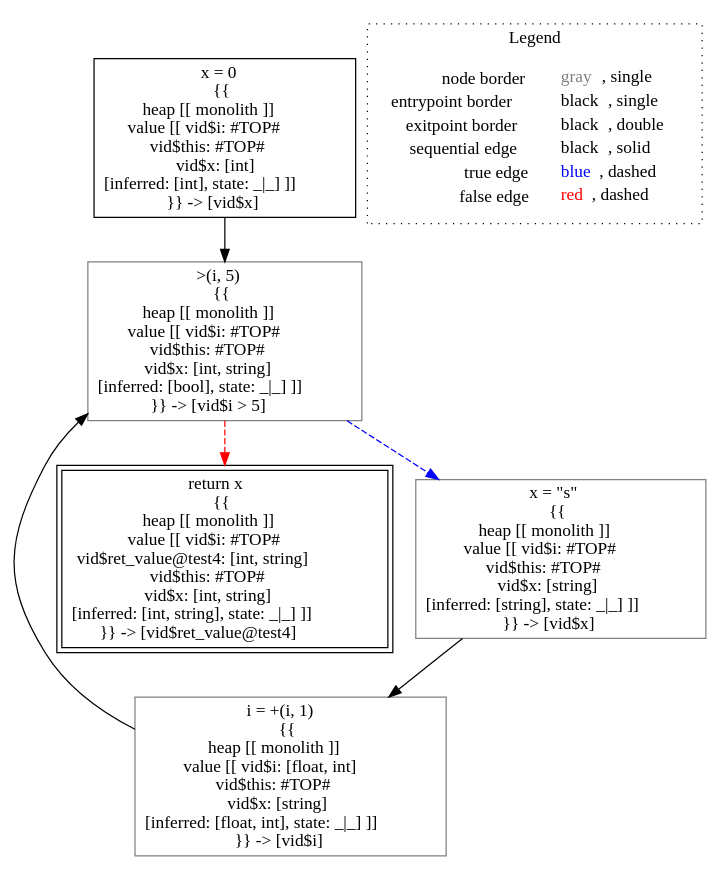
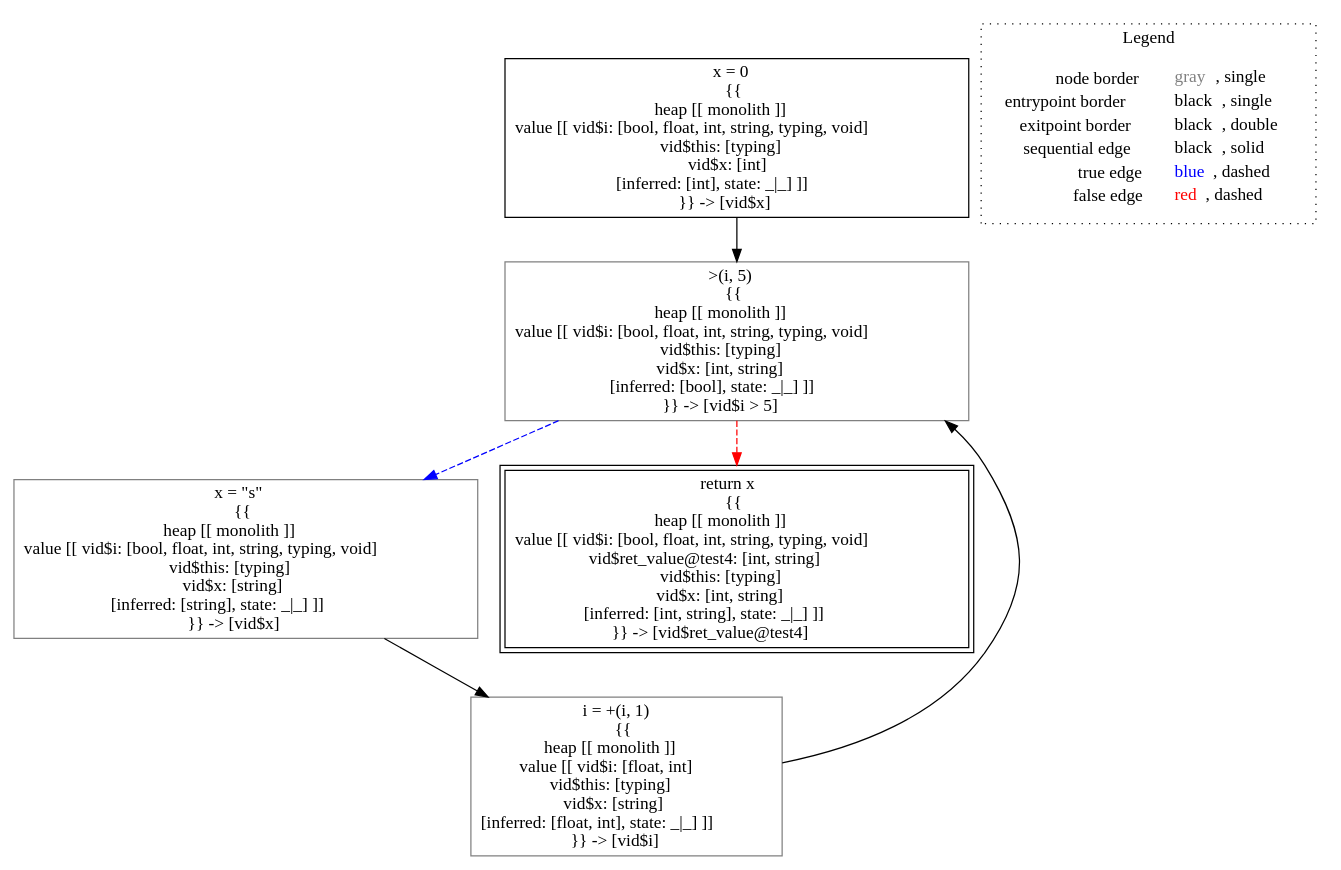
Before and after one commit to lisa-analyzer/lisa: the diagram in lisa/imp-testcases/type-inference/typing___untyped_typing.test4(typing_this,_untyped_i).dot, drawn with Graphviz. The commit also changed 5 other files, not shown here.

Commit message:
refactored typing test cases

```diff
--- a/lisa/imp-testcases/type-inference/typing___untyped_typing.test4(typing_this,_untyped_i).dot
+++ b/lisa/imp-testcases/type-inference/typing___untyped_typing.test4(typing_this,_untyped_i).dot
@@ -1,19 +1,19 @@
 digraph {
-	"node0" [shape="rect",color="black",label=<x = 0<BR/>{{<BR/>heap [[ monolith ]]<BR/>value [[ vid$i: #TOP#<BR/>vid$this: #TOP#<BR/>vid$x: [int]<BR/>[inferred: [int], state: _|_] ]]<BR/>}} -&gt; [vid$x]>];
-	"node1" [shape="rect",color="gray",label=<i = +(i, 1)<BR/>{{<BR/>heap [[ monolith ]]<BR/>value [[ vid$i: [float, int]<BR/>vid$this: #TOP#<BR/>vid$x: [string]<BR/>[inferred: [float, int], state: _|_] ]]<BR/>}} -&gt; [vid$i]>];
-	"node2" [shape="rect",color="black",peripheries="2",label=<return x<BR/>{{<BR/>heap [[ monolith ]]<BR/>value [[ vid$i: #TOP#<BR/>vid$ret_value@test4: [int, string]<BR/>vid$this: #TOP#<BR/>vid$x: [int, string]<BR/>[inferred: [int, string], state: _|_] ]]<BR/>}} -&gt; [vid$ret_value@test4]>];
-	"node3" [shape="rect",color="gray",label=<x = &quot;s&quot;<BR/>{{<BR/>heap [[ monolith ]]<BR/>value [[ vid$i: #TOP#<BR/>vid$this: #TOP#<BR/>vid$x: [string]<BR/>[inferred: [string], state: _|_] ]]<BR/>}} -&gt; [vid$x]>];
-	"node4" [shape="rect",color="gray",label=<&gt;(i, 5)<BR/>{{<BR/>heap [[ monolith ]]<BR/>value [[ vid$i: #TOP#<BR/>vid$this: #TOP#<BR/>vid$x: [int, string]<BR/>[inferred: [bool], state: _|_] ]]<BR/>}} -&gt; [vid$i &gt; 5]>];
-	"node0" -> "node4" [color="black"];
-	"node1" -> "node4" [color="black"];
-	"node3" -> "node1" [color="black"];
-	"node4" -> "node2" [color="red",style="dashed"];
-	"node4" -> "node3" [color="blue",style="dashed"];
+	"node0" [shape="rect",color="black",label=<x = 0<BR/>{{<BR/>heap [[ monolith ]]<BR/>value [[ vid$i: [bool, float, int, string, typing, void]<BR/>vid$this: [typing]<BR/>vid$x: [int]<BR/>[inferred: [int], state: _|_] ]]<BR/>}} -&gt; [vid$x]>];
+	"node1" [shape="rect",color="gray",label=<&gt;(i, 5)<BR/>{{<BR/>heap [[ monolith ]]<BR/>value [[ vid$i: [bool, float, int, string, typing, void]<BR/>vid$this: [typing]<BR/>vid$x: [int, string]<BR/>[inferred: [bool], state: _|_] ]]<BR/>}} -&gt; [vid$i &gt; 5]>];
+	"node2" [shape="rect",color="gray",label=<i = +(i, 1)<BR/>{{<BR/>heap [[ monolith ]]<BR/>value [[ vid$i: [float, int]<BR/>vid$this: [typing]<BR/>vid$x: [string]<BR/>[inferred: [float, int], state: _|_] ]]<BR/>}} -&gt; [vid$i]>];
+	"node3" [shape="rect",color="gray",label=<x = &quot;s&quot;<BR/>{{<BR/>heap [[ monolith ]]<BR/>value [[ vid$i: [bool, float, int, string, typing, void]<BR/>vid$this: [typing]<BR/>vid$x: [string]<BR/>[inferred: [string], state: _|_] ]]<BR/>}} -&gt; [vid$x]>];
+	"node4" [shape="rect",color="black",peripheries="2",label=<return x<BR/>{{<BR/>heap [[ monolith ]]<BR/>value [[ vid$i: [bool, float, int, string, typing, void]<BR/>vid$ret_value@test4: [int, string]<BR/>vid$this: [typing]<BR/>vid$x: [int, string]<BR/>[inferred: [int, string], state: _|_] ]]<BR/>}} -&gt; [vid$ret_value@test4]>];
+	"node1" -> "node3" [color="blue",style="dashed"];
+	"node1" -> "node4" [color="red",style="dashed"];
+	"node2" -> "node1" [color="black"];
+	"node3" -> "node2" [color="black"];
+	"node0" -> "node1" [color="black"];
 subgraph cluster_legend {
 	label="Legend";
 	style=dotted;
 	node [shape=plaintext];
 	"legend" [label=<<table border="0" cellpadding="2" cellspacing="0" cellborder="0"><tr><td align="right">node border&nbsp;</td><td align="left"><font color="gray">gray</font>, single</td></tr><tr><td align="right">entrypoint border&nbsp;</td><td align="left"><font color="black">black</font>, single</td></tr><tr><td align="right">exitpoint border&nbsp;</td><td align="left"><font color="black">black</font>, double</td></tr><tr><td align="right">sequential edge&nbsp;</td><td align="left"><font color="black">black</font>, solid</td></tr><tr><td align="right">true edge&nbsp;</td><td align="left"><font color="blue">blue</font>, dashed</td></tr><tr><td align="right">false edge&nbsp;</td><td align="left"><font color="red">red</font>, dashed</td></tr></table>>];
 }
 
 }
```
